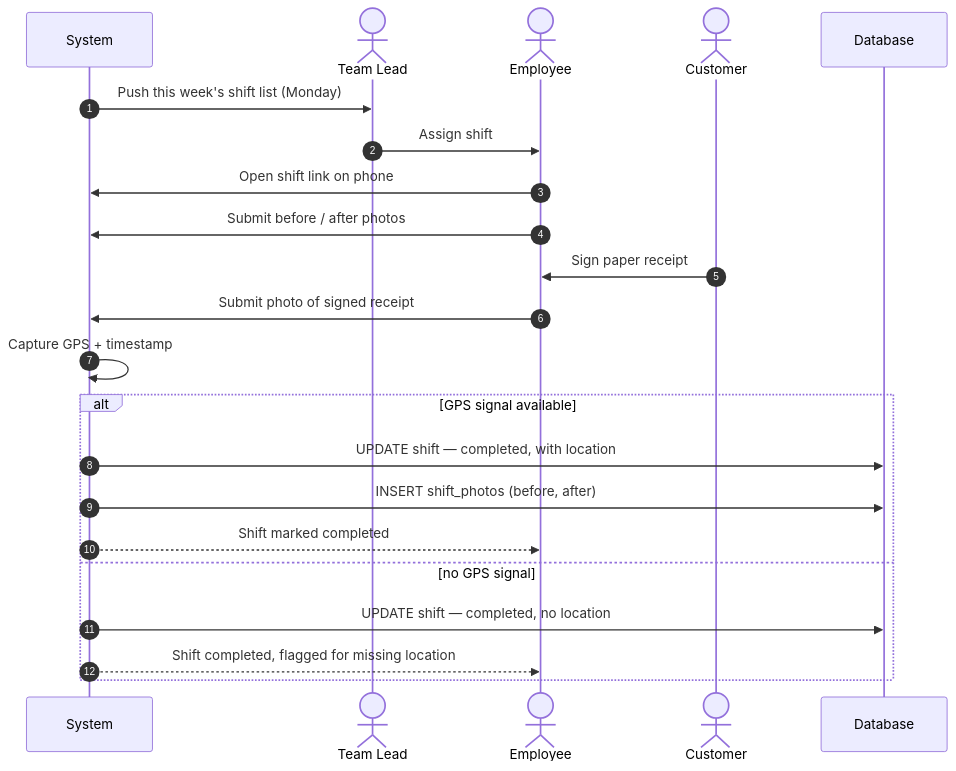
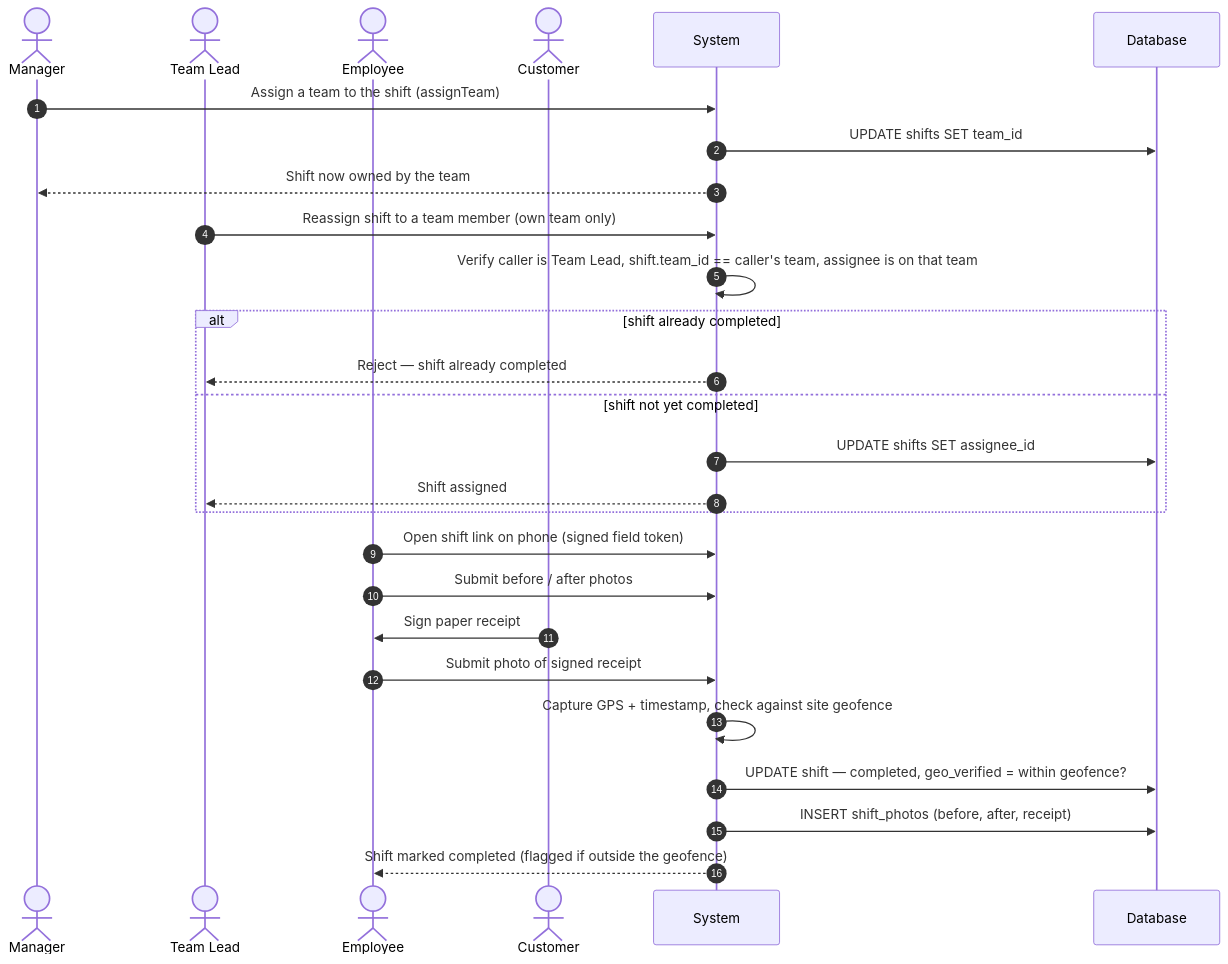
One commit to dDxCg/contrack changed the fourth of 12 diagrams in docs/08-sequence-diagram.md. Above: the diagram before and after it, drawn with Mermaid. The commit also changed other lines of this file and 2 other files, not shown here.

Commit message:
sync staled class diagram and sequence diagrams

````diff
--- a/docs/08-sequence-diagram.md
+++ b/docs/08-sequence-diagram.md
@@ -90,25 +102,30 @@
 ```mermaid
 sequenceDiagram
     autonumber
-    participant System
+    actor Manager
     actor TeamLead as Team Lead
     actor Employee
     actor Customer
+    participant System
     participant DB as Database
 
-    System->>TeamLead: Push this week's shift list (Monday)
-    TeamLead->>Employee: Assign shift
-    Employee->>System: Open shift link on phone
+    Manager->>System: Assign a team to the shift (assignTeam)
+    System->>DB: UPDATE shifts SET team_id
+    System-->>Manager: Shift now owned by the team
+    TeamLead->>System: Reassign shift to a team member (own team only)
+    System->>System: Verify caller is Team Lead, shift.team_id == caller's team, assignee is on that team
+    alt shift already completed
+        System-->>TeamLead: Reject — shift already completed
+    else shift not yet completed
+        System->>DB: UPDATE shifts SET assignee_id
+        System-->>TeamLead: Shift assigned
+    end
+    Employee->>System: Open shift link on phone (signed field token)
     Employee->>System: Submit before / after photos
     Customer->>Employee: Sign paper receipt
     Employee->>System: Submit photo of signed receipt
-    System->>System: Capture GPS + timestamp
-    alt GPS signal available
-        System->>DB: UPDATE shift — completed, with location
-        System->>DB: INSERT shift_photos (before, after)
-        System-->>Employee: Shift marked completed
-    else no GPS signal
-        System->>DB: UPDATE shift — completed, no location
-        System-->>Employee: Shift completed, flagged for missing location
-    end
+    System->>System: Capture GPS + timestamp, check against site geofence
+    System->>DB: UPDATE shift — completed, geo_verified = within geofence?
+    System->>DB: INSERT shift_photos (before, after, receipt)
+    System-->>Employee: Shift marked completed (flagged if outside the geofence)
 ```
````
